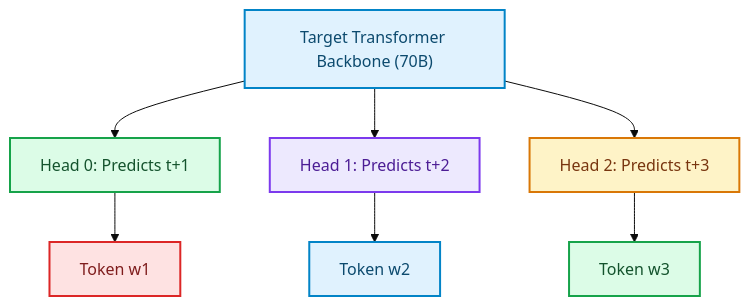
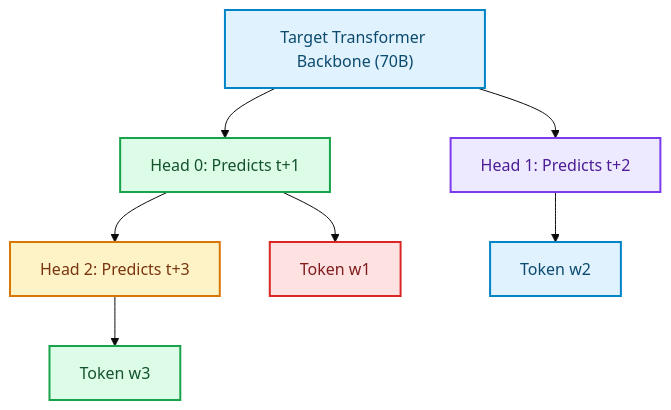
One commit to akmalkhaniub/akmalkhaniub.github.io changed the third of 4 diagrams in blog/posts/speculative-decoding-medusa-tree-attention-accelerating-llm-inference.md. Above: the diagram before and after it, drawn with Mermaid (base theme). The commit also changed other lines of this file and 894 other files, not shown here.

Commit message:
feat(blog): upgrade all 444 posts with unique staggered dates, 2-col Mermaid spines, benchmark tables, code blocks, and trade-offs

````diff
--- a/blog/posts/speculative-decoding-medusa-tree-attention-accelerating-llm-inference.md
+++ b/blog/posts/speculative-decoding-medusa-tree-attention-accelerating-llm-inference.md
@@ -99,20 +101,20 @@
 ```mermaid
 flowchart TD
   Backbone["Target Transformer Backbone (70B)"] --> H0["Head 0: Predicts t+1"]
   Backbone --> H1["Head 1: Predicts t+2"]
-  Backbone --> H2["Head 2: Predicts t+3"]
+  H0 --> H2["Head 2: Predicts t+3"]
   H0 --> T1["Token w1"]
   H1 --> T2["Token w2"]
   H2 --> T3["Token w3"]
 
 classDef green fill:#dcfce7,stroke:#16a34a,stroke-width:2px,color:#14532d;
 classDef red fill:#fee2e2,stroke:#dc2626,stroke-width:2px,color:#7f1d1d;
 classDef blue fill:#e0f2fe,stroke:#0284c7,stroke-width:2px,color:#0c4a6e;
 classDef yellow fill:#fef3c7,stroke:#d97706,stroke-width:2px,color:#78350f;
 classDef purple fill:#ede9fe,stroke:#7c3aed,stroke-width:2px,color:#4c1d95;
 class Backbone,T2 blue
 class H0,T3 green
 class H1 purple
 class H2 yellow
 class T1 red
 ```
````
